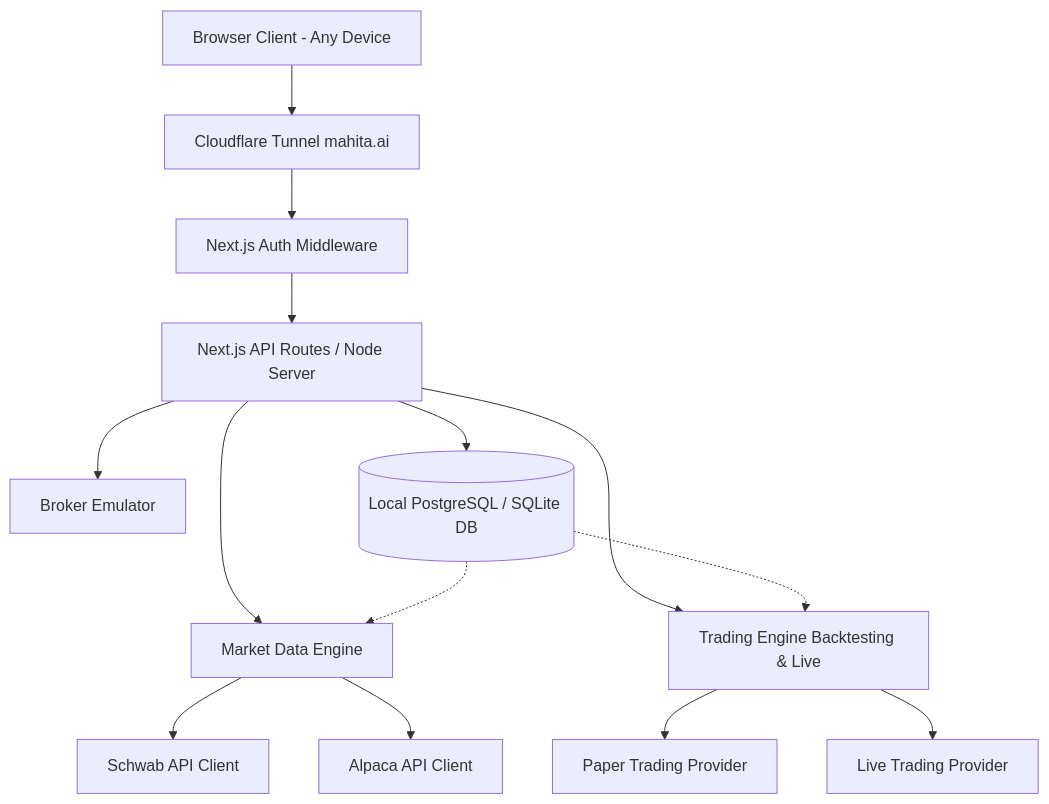
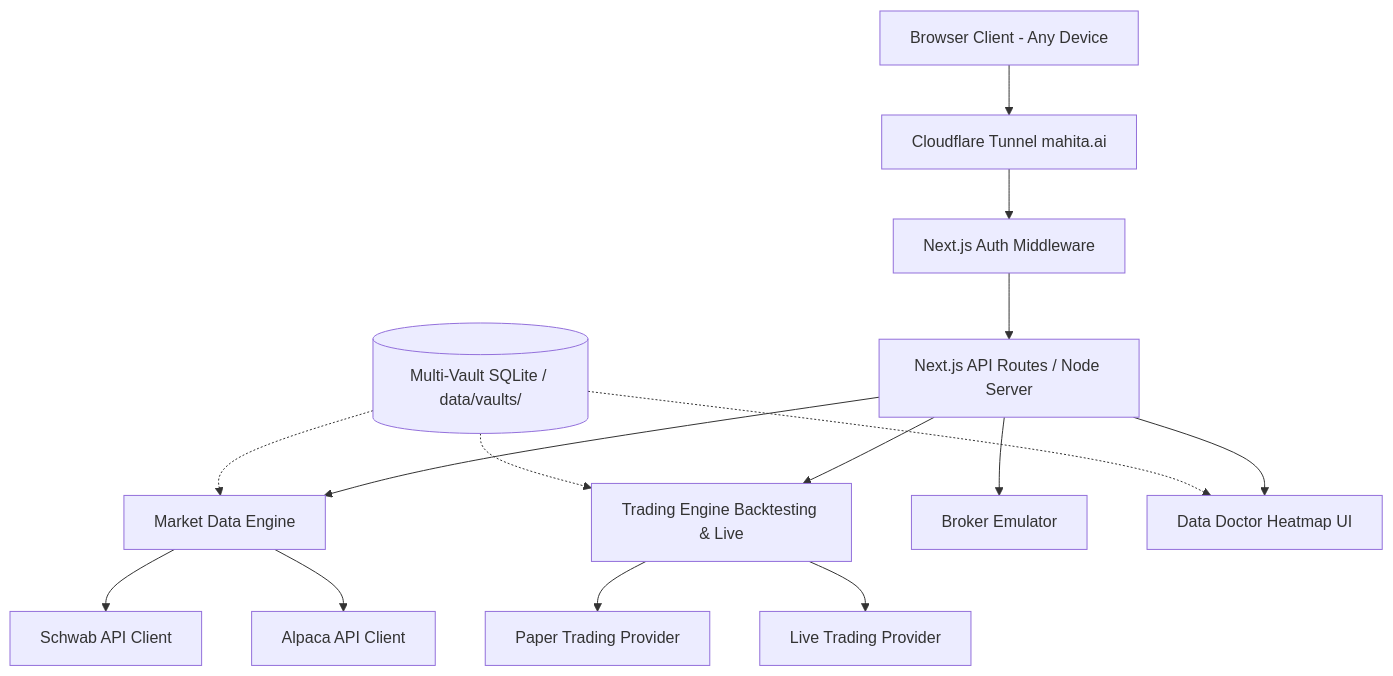
One commit to rajmehta292/mahita changed the diagram in docs/blueprint/01_System_Architecture.md. Above: the diagram before and after it, drawn with Mermaid. The commit also changed other lines of this file and 2 other files, not shown here.

Commit message:
docs(architecture): update blueprints for multi-vault data layer and timeframe standardization
Context:
The platform's data engine underwent a major overhaul to support isolated SQLite storage and strictly enforced base timeframes.

Technical:
- Updated 01_System_Architecture to reflect VaultManager and Data Doctor UI.
- Updated 03_Market_Data_Pipeline to detail SQLite gap healing and dynamic 1s/1m/1h/1d/1w/1M frame aggregation.
- Updated README with accurate features regarding Dashboard live feeds and Multi-Vault caching.

Non-Technical:
Ensures new contributors and maintainers understand the current state of data ingestion and local storage constraints.

Verification:
Verified markdown syntax and architecture diagrams.

````diff
--- a/docs/blueprint/01_System_Architecture.md
+++ b/docs/blueprint/01_System_Architecture.md
@@ -10,20 +10,21 @@
 ```mermaid
 graph TD
     Client[Browser Client - Any Device] --> CF[Cloudflare Tunnel mahita.ai]
     CF --> Auth[Next.js Auth Middleware]
     Auth --> Server[Next.js API Routes / Node Server]
     
     Server --> MDE[Market Data Engine]
     Server --> TE[Trading Engine Backtesting & Live]
     Server --> BE[Broker Emulator]
-    Server --> DB[(Local PostgreSQL / SQLite DB)]
+    Server --> DD[Data Doctor Heatmap UI]
     
     MDE --> SchwabAPI[Schwab API Client]
     MDE --> AlpacaAPI[Alpaca API Client]
     
     TE --> Paper[Paper Trading Provider]
     TE --> Live[Live Trading Provider]
    
-    DB -.-> MDE
-    DB -.-> TE
+    Vaults[(Multi-Vault SQLite / data/vaults/)] -.-> MDE
+    Vaults -.-> DD
+    Vaults -.-> TE
 ```
````
